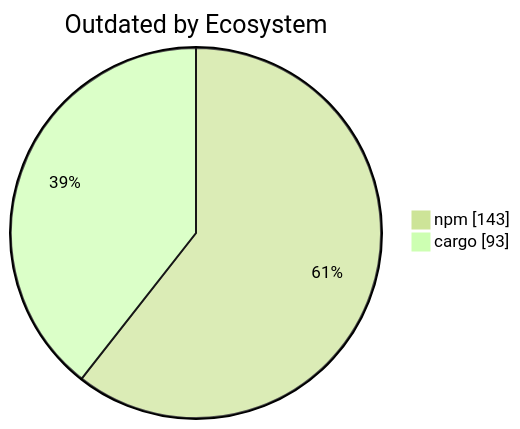
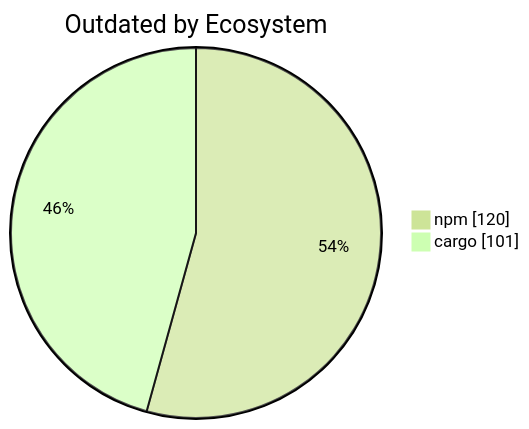
One commit to KBVE/kbve changed the diagram in apps/kbve/astro-kbve/src/content/docs/dashboard/deps.mdx. Above: the diagram before and after it, drawn with Mermaid (forest theme). The commit also changed other lines of this file and 1 other file, not shown here.

````diff
--- a/apps/kbve/astro-kbve/src/content/docs/dashboard/deps.mdx
+++ b/apps/kbve/astro-kbve/src/content/docs/dashboard/deps.mdx
@@ -109,6 +109,6 @@
 ```mermaid
 pie showData
     title Outdated by Ecosystem
-    "npm" : 143
-    "cargo" : 93
+    "npm" : 120
+    "cargo" : 101
 ```
````
